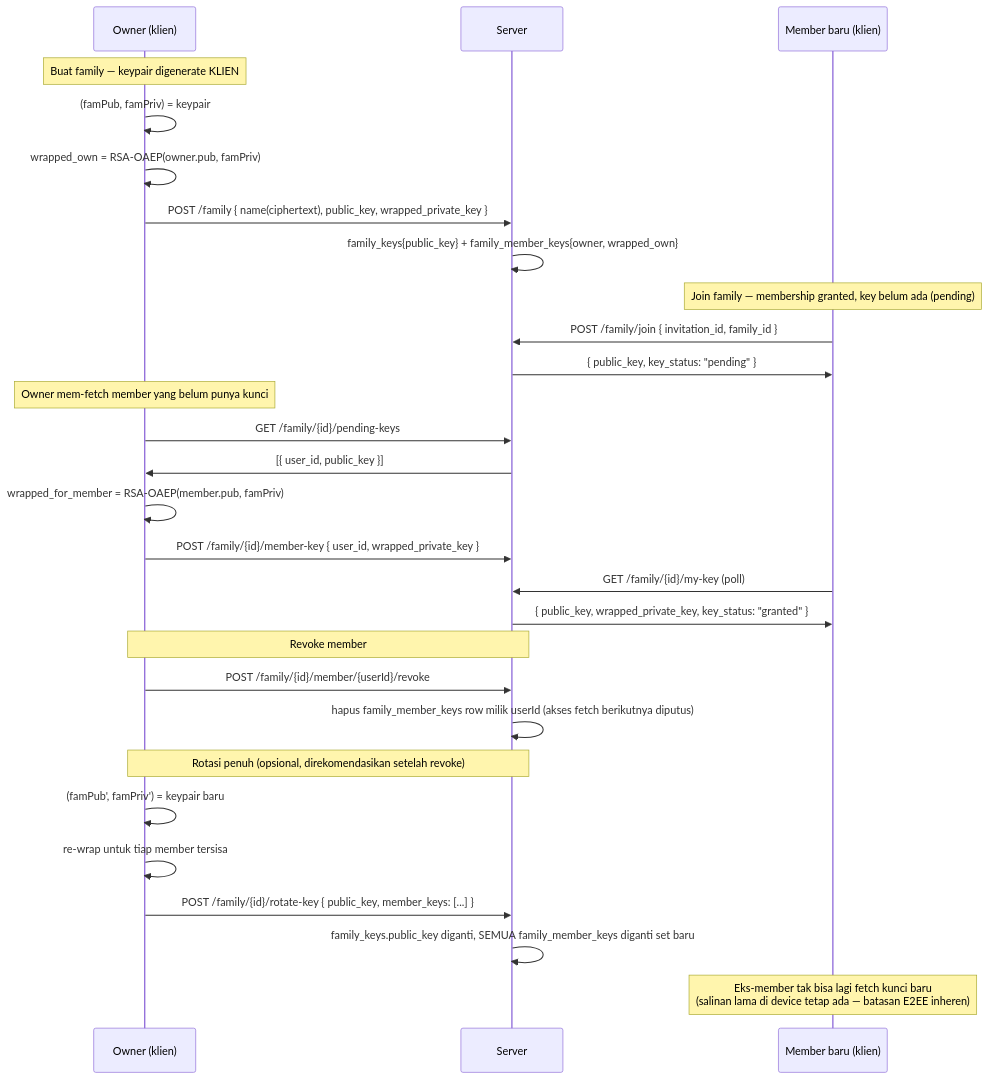
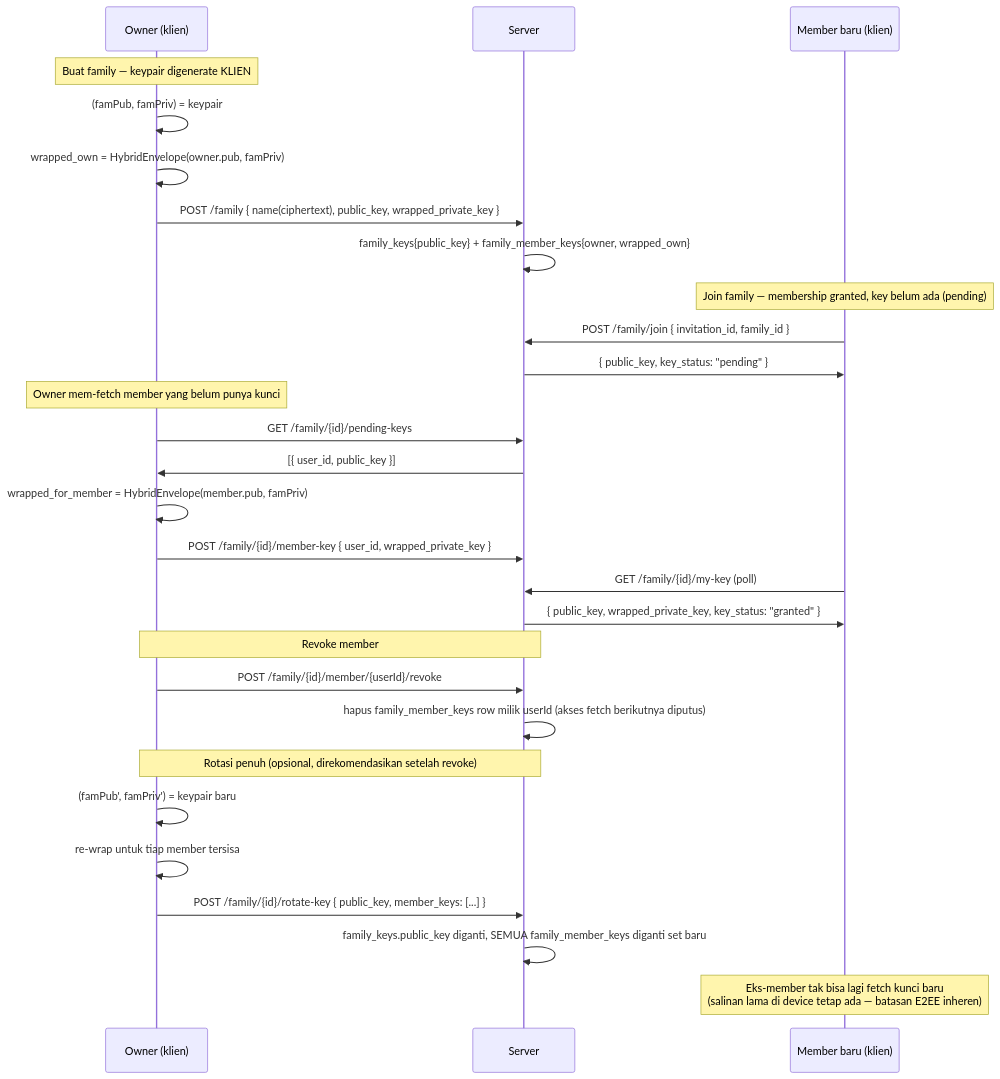
One commit to uangkuid/Uangku-BE changed the fifth of 6 diagrams in docs/encryption.md. Above: the diagram before and after it, drawn with Mermaid. The commit also changed other lines of this file and 23 other files, not shown here.

````diff
--- a/docs/encryption.md
+++ b/docs/encryption.md
@@ -316,30 +367,30 @@
 ```mermaid
 sequenceDiagram
     participant O as Owner (klien)
     participant S as Server
     participant M as Member baru (klien)
     Note over O: Buat family — keypair digenerate KLIEN
     O ->> O: (famPub, famPriv) = keypair
-    O ->> O: wrapped_own = RSA-OAEP(owner.pub, famPriv)
+    O ->> O: wrapped_own = HybridEnvelope(owner.pub, famPriv)
     O ->> S: POST /family { name(ciphertext), public_key, wrapped_private_key }
     S ->> S: family_keys{public_key} + family_member_keys{owner, wrapped_own}
     Note over M: Join family — membership granted, key belum ada (pending)
     M ->> S: POST /family/join { invitation_id, family_id }
     S ->> M: { public_key, key_status: "pending" }
     Note over O: Owner mem-fetch member yang belum punya kunci
     O ->> S: GET /family/{id}/pending-keys
     S ->> O: [{ user_id, public_key }]
-    O ->> O: wrapped_for_member = RSA-OAEP(member.pub, famPriv)
+    O ->> O: wrapped_for_member = HybridEnvelope(member.pub, famPriv)
     O ->> S: POST /family/{id}/member-key { user_id, wrapped_private_key }
     M ->> S: GET /family/{id}/my-key (poll)
     S ->> M: { public_key, wrapped_private_key, key_status: "granted" }
     Note over O, S: Revoke member
     O ->> S: POST /family/{id}/member/{userId}/revoke
     S ->> S: hapus family_member_keys row milik userId (akses fetch berikutnya diputus)
     Note over O, S: Rotasi penuh (opsional, direkomendasikan setelah revoke)
     O ->> O: (famPub', famPriv') = keypair baru
     O ->> O: re-wrap untuk tiap member tersisa
     O->>S: POST /family/{id}/rotate-key { public_key, member_keys: [...] }
 S->>S: family_keys.public_key diganti, SEMUA family_member_keys diganti set baru
 Note over M: Eks-member tak bisa lagi fetch kunci baru<br/>(salinan lama di device tetap ada — batasan E2EE inheren)
 ```
````
